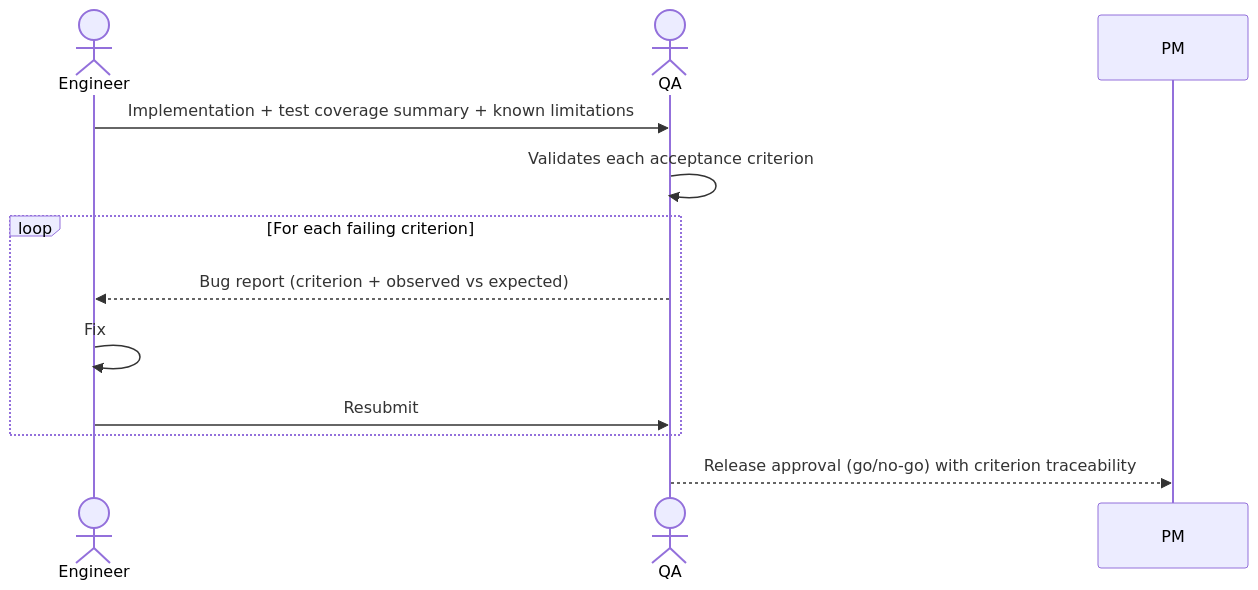
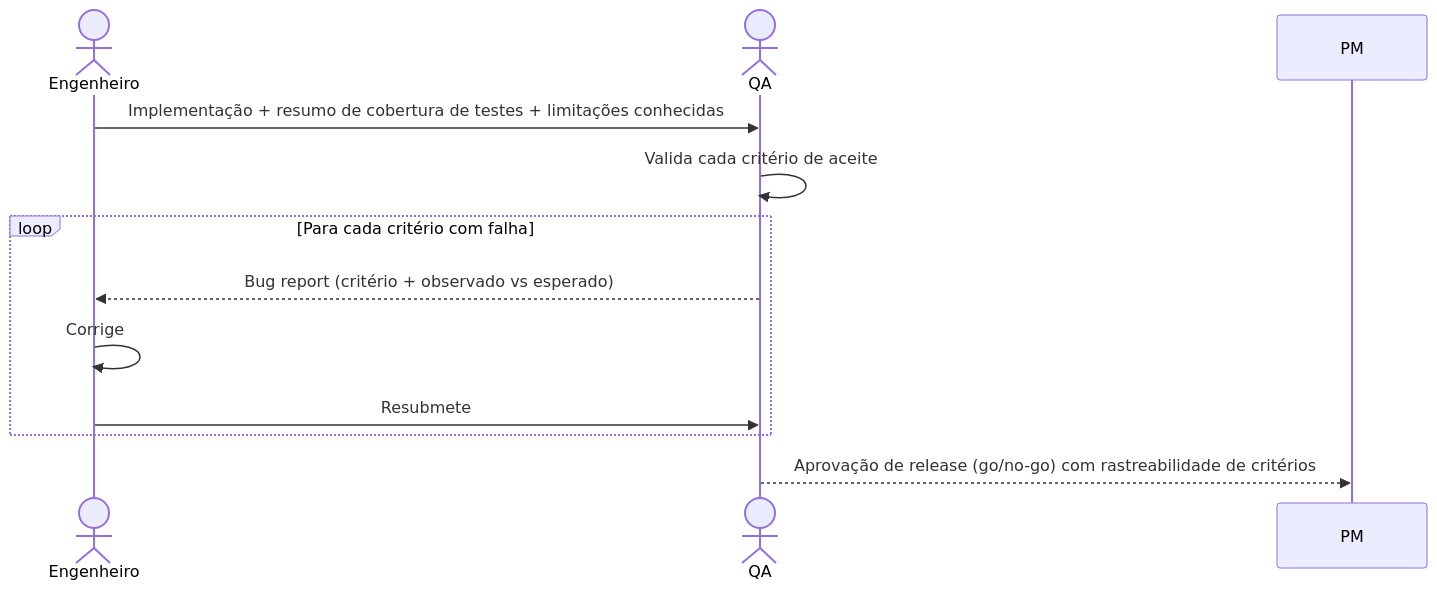
Before and after one commit to hugo-hsbtech/teamwork-process: the diagram in interactions/11-engineers-to-qa.md, drawn with Mermaid. The commit also changed other lines of this file and 64 other files, not shown here.

````diff
--- a/interactions/11-engineers-to-qa.md
+++ b/interactions/11-engineers-to-qa.md
@@ -62,16 +62,16 @@
 ```mermaid
 sequenceDiagram
-    actor ENG as Engineer
+    actor ENG as Engenheiro
     actor QA as QA
 
-    ENG->>QA: Implementation + test coverage summary + known limitations
-    QA->>QA: Validates each acceptance criterion
+    ENG->>QA: Implementação + resumo de cobertura de testes + limitações conhecidas
+    QA->>QA: Valida cada critério de aceite
 
-    loop For each failing criterion
-        QA-->>ENG: Bug report (criterion + observed vs expected)
-        ENG->>ENG: Fix
-        ENG->>QA: Resubmit
+    loop Para cada critério com falha
+        QA-->>ENG: Bug report (critério + observado vs esperado)
+        ENG->>ENG: Corrige
+        ENG->>QA: Resubmete
     end
 
-    QA-->>PM: Release approval (go/no-go) with criterion traceability
+    QA-->>PM: Aprovação de release (go/no-go) com rastreabilidade de critérios
 ```
````
